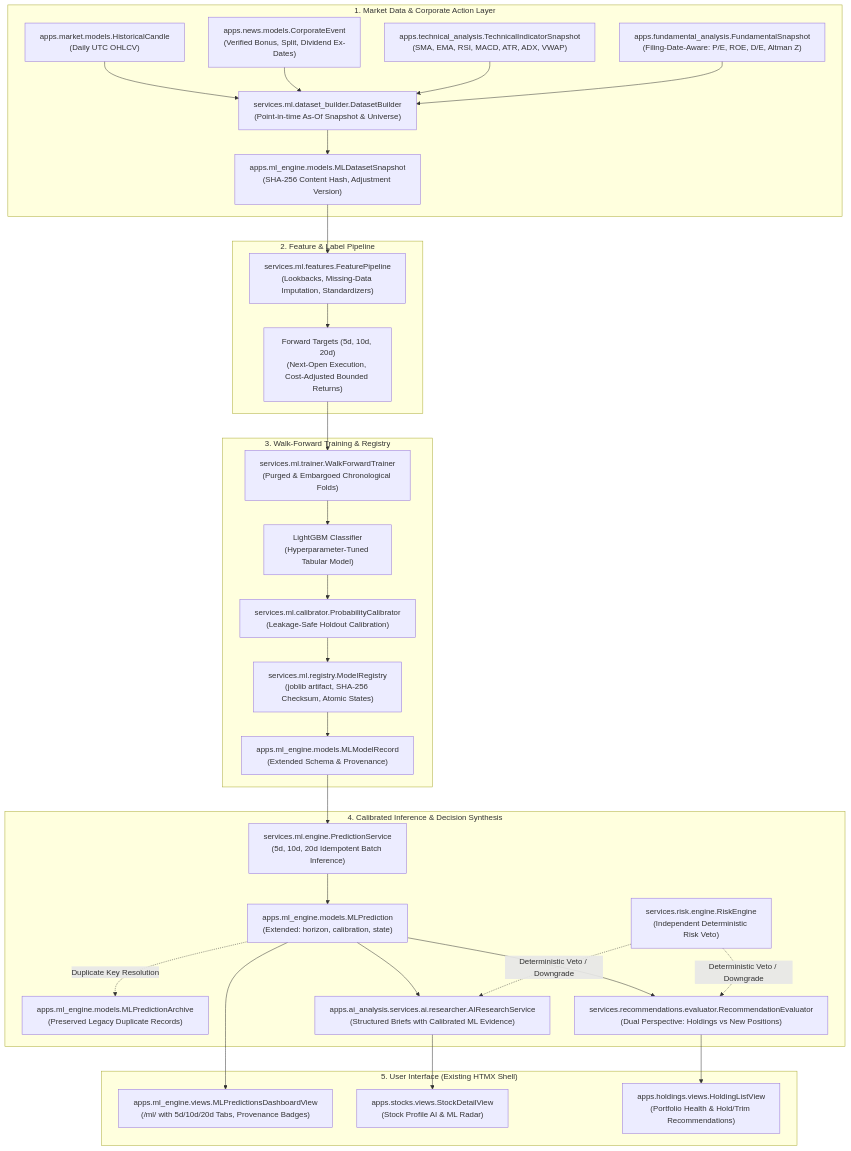
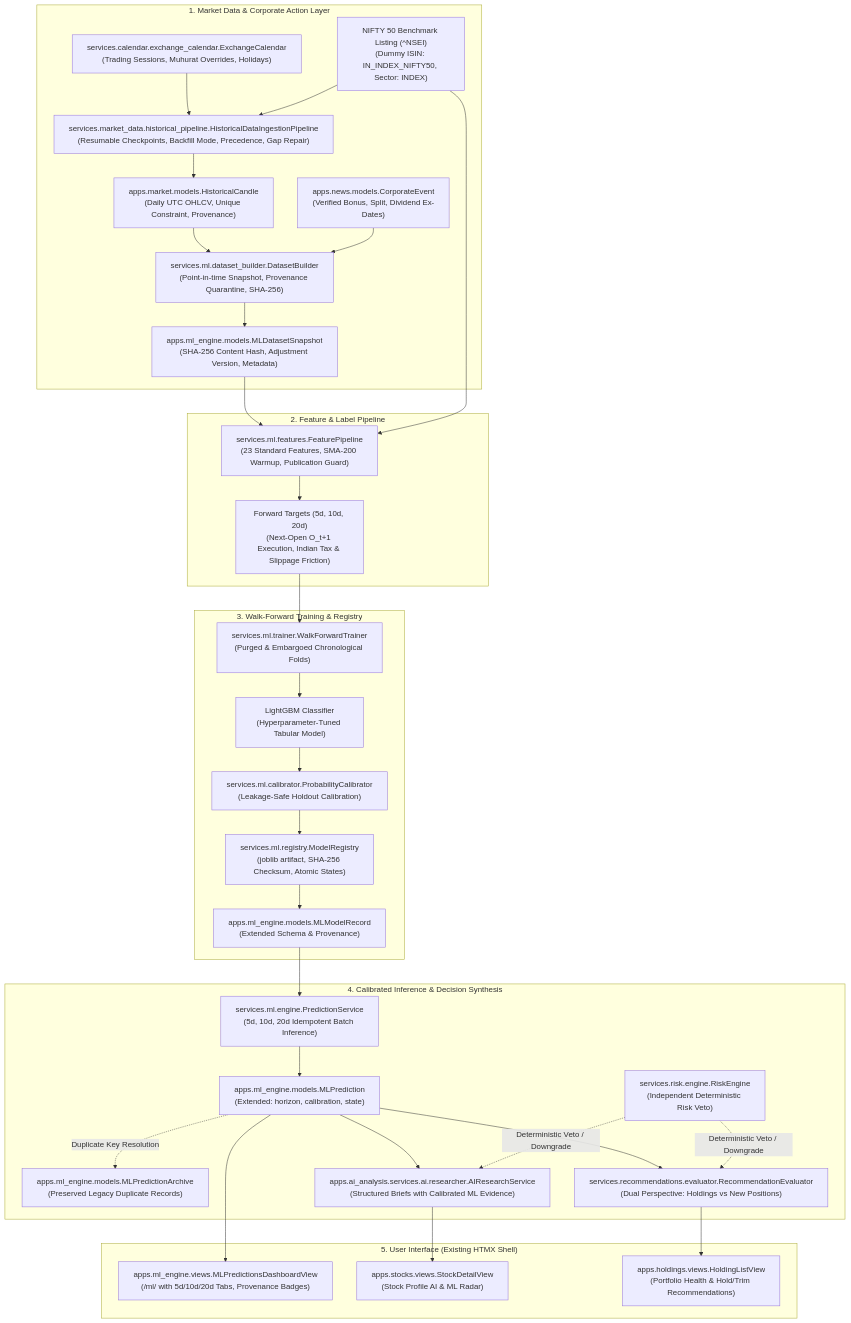
One commit to Shreesha666/KuberLens changed the first of 3 diagrams in docs/AIML_ARCHITECTURE.md. Above: the diagram before and after it, drawn with Mermaid. The commit also changed 10 other files, not shown here.

Commit message:
feat(ai-ml): complete Phase 3.3 historical data backfill, gap repair, and verification

````diff
--- a/docs/AIML_ARCHITECTURE.md
+++ b/docs/AIML_ARCHITECTURE.md
@@ -56,61 +56,64 @@
 ```mermaid
 flowchart TD
     subgraph MarketDataLayer["1. Market Data & Corporate Action Layer"]
-        HC["apps.market.models.HistoricalCandle\n(Daily UTC OHLCV)"]
+        HDIP["services.market_data.historical_pipeline.HistoricalDataIngestionPipeline\n(Resumable Checkpoints, Backfill Mode, Precedence, Gap Repair)"]
+        CAL["services.calendar.exchange_calendar.ExchangeCalendar\n(Trading Sessions, Muhurat Overrides, Holidays)"]
+        HC["apps.market.models.HistoricalCandle\n(Daily UTC OHLCV, Unique Constraint, Provenance)"]
         CE["apps.news.models.CorporateEvent\n(Verified Bonus, Split, Dividend Ex-Dates)"]
-        TS["apps.technical_analysis.TechnicalIndicatorSnapshot\n(SMA, EMA, RSI, MACD, ATR, ADX, VWAP)"]
-        FS["apps.fundamental_analysis.FundamentalSnapshot\n(Filing-Date-Aware: P/E, ROE, D/E, Altman Z)"]
-        DSB["services.ml.dataset_builder.DatasetBuilder\n(Point-in-time As-Of Snapshot & Universe)"]
-        MDS["apps.ml_engine.models.MLDatasetSnapshot\n(SHA-256 Content Hash, Adjustment Version)"]
+        BENCH["NIFTY 50 Benchmark Listing (^NSEI)\n(Dummy ISIN: IN_INDEX_NIFTY50, Sector: INDEX)"]
+        DSB["services.ml.dataset_builder.DatasetBuilder\n(Point-in-time Snapshot, Provenance Quarantine, SHA-256)"]
+        MDS["apps.ml_engine.models.MLDatasetSnapshot\n(SHA-256 Content Hash, Adjustment Version, Metadata)"]
+        HDIP --> HC
+        CAL --> HDIP
+        BENCH --> HDIP
         HC --> DSB
         CE --> DSB
-        TS --> DSB
-        FS --> DSB
         DSB --> MDS
     end
 
     subgraph FeaturePipeline["2. Feature & Label Pipeline"]
-        FLP["services.ml.features.FeaturePipeline\n(Lookbacks, Missing-Data Imputation, Standardizers)"]
-        TARGETS["Forward Targets (5d, 10d, 20d)\n(Next-Open Execution, Cost-Adjusted Bounded Returns)"]
+        FLP["services.ml.features.FeaturePipeline\n(23 Standard Features, SMA-200 Warmup, Publication Guard)"]
+        TARGETS["Forward Targets (5d, 10d, 20d)\n(Next-Open O_t+1 Execution, Indian Tax & Slippage Friction)"]
         MDS --> FLP
+        BENCH --> FLP
         FLP --> TARGETS
     end
 
     subgraph TrainingAndRegistry["3. Walk-Forward Training & Registry"]
         WFT["services.ml.trainer.WalkForwardTrainer\n(Purged & Embargoed Chronological Folds)"]
         LGBM["LightGBM Classifier\n(Hyperparameter-Tuned Tabular Model)"]
         CALIB["services.ml.calibrator.ProbabilityCalibrator\n(Leakage-Safe Holdout Calibration)"]
         REGISTRY["services.ml.registry.ModelRegistry\n(joblib artifact, SHA-256 Checksum, Atomic States)"]
         MR["apps.ml_engine.models.MLModelRecord\n(Extended Schema & Provenance)"]
         TARGETS --> WFT
         WFT --> LGBM
         LGBM --> CALIB
         CALIB --> REGISTRY
         REGISTRY --> MR
     end
 
     subgraph InferenceAndDecisions["4. Calibrated Inference & Decision Synthesis"]
         INF["services.ml.engine.PredictionService\n(5d, 10d, 20d Idempotent Batch Inference)"]
         PRED["apps.ml_engine.models.MLPrediction\n(Extended: horizon, calibration, state)"]
         ARCH["apps.ml_engine.models.MLPredictionArchive\n(Preserved Legacy Duplicate Records)"]
         RISK["services.risk.engine.RiskEngine\n(Independent Deterministic Risk Veto)"]
         DEC["services.recommendations.evaluator.RecommendationEvaluator\n(Dual Perspective: Holdings vs New Positions)"]
         AI["apps.ai_analysis.services.ai.researcher.AIResearchService\n(Structured Briefs with Calibrated ML Evidence)"]
         MR --> INF
         INF --> PRED
         PRED -.->|Duplicate Key Resolution| ARCH
         PRED --> DEC
         PRED --> AI
         RISK -.->|Deterministic Veto / Downgrade| DEC
         RISK -.->|Deterministic Veto / Downgrade| AI
     end
 
     subgraph PresentationLayer["5. User Interface (Existing HTMX Shell)"]
         ML_UI["apps.ml_engine.views.MLPredictionsDashboardView\n(/ml/ with 5d/10d/20d Tabs, Provenance Badges)"]
         STOCK_UI["apps.stocks.views.StockDetailView\n(Stock Profile AI & ML Radar)"]
         HOLDINGS_UI["apps.holdings.views.HoldingListView\n(Portfolio Health & Hold/Trim Recommendations)"]
         DEC --> HOLDINGS_UI
         PRED --> ML_UI
         AI --> STOCK_UI
     end
 ```
````
